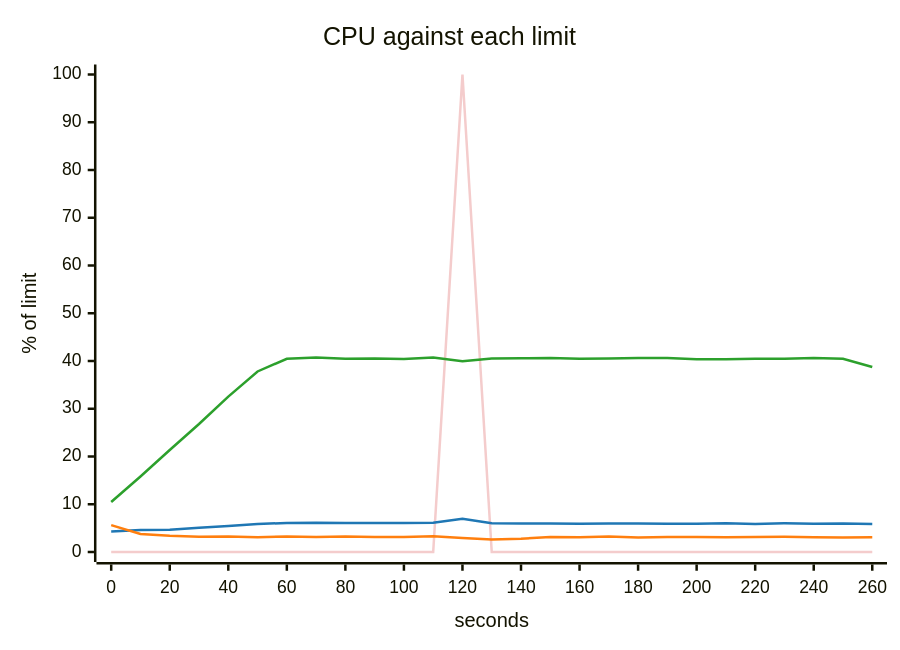
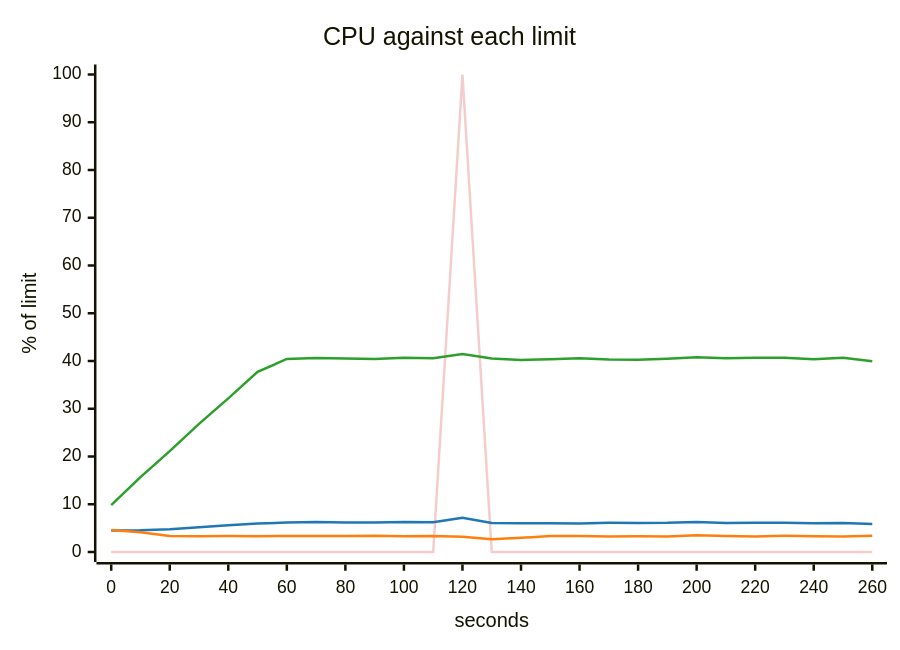
Before and after one commit to akinfemi/load-lore: the fifth of 5 diagrams in scenarios/slow-dependency/solutions/circuit-breaker/report.md, drawn with Mermaid. The commit also changed other lines of this file and 23 other files, not shown here.

````diff
--- a/scenarios/slow-dependency/solutions/circuit-breaker/report.md
+++ b/scenarios/slow-dependency/solutions/circuit-breaker/report.md
@@ -102,17 +100,17 @@
 ```mermaid
 ---
 config:
   themeVariables:
     xyChart:
       backgroundColor: "transparent"
       plotColorPalette: "#f4cccc, #1f77b4, #ff7f0e, #2ca02c"
 ---
 xychart-beta
     title "CPU against each limit"
     x-axis "seconds" 0 --> 260
     y-axis "% of limit" 0 --> 100
     line [0, 0, 0, 0, 0, 0, 0, 0, 0, 0, 0, 0, 100, 0, 0, 0, 0, 0, 0, 0, 0, 0, 0, 0, 0, 0, 0]
-    line [4.299, 4.585, 4.635, 5.064, 5.431, 5.852, 6.08, 6.147, 6.07, 6.093, 6.052, 6.14, 6.967, 6.003, 5.943, 5.968, 5.907, 5.96, 5.944, 5.917, 5.908, 6.004, 5.864, 6.02, 5.93, 5.968, 5.839]
-    line [5.639, 3.765, 3.395, 3.172, 3.23, 3.099, 3.255, 3.143, 3.226, 3.152, 3.143, 3.295, 2.928, 2.628, 2.77, 3.142, 3.101, 3.25, 3.046, 3.164, 3.141, 3.102, 3.147, 3.175, 3.075, 3.062, 3.11]
-    line [10.474, 15.823, 21.364, 26.805, 32.536, 37.808, 40.467, 40.752, 40.459, 40.547, 40.405, 40.722, 39.925, 40.527, 40.554, 40.635, 40.465, 40.51, 40.637, 40.64, 40.351, 40.386, 40.477, 40.47, 40.651, 40.46, 38.736]
+    line [4.49, 4.555, 4.779, 5.162, 5.603, 5.974, 6.167, 6.3, 6.19, 6.186, 6.293, 6.229, 7.169, 6.052, 6.022, 6.018, 5.99, 6.106, 6.099, 6.123, 6.303, 6.059, 6.103, 6.129, 6.046, 6.085, 5.864]
+    line [4.585, 4.112, 3.355, 3.303, 3.343, 3.324, 3.337, 3.346, 3.325, 3.397, 3.282, 3.372, 3.205, 2.694, 2.968, 3.346, 3.354, 3.265, 3.317, 3.266, 3.527, 3.344, 3.257, 3.39, 3.281, 3.259, 3.388]
+    line [9.814, 15.692, 21.126, 26.826, 32.178, 37.713, 40.426, 40.632, 40.498, 40.433, 40.658, 40.57, 41.444, 40.515, 40.218, 40.392, 40.571, 40.335, 40.243, 40.465, 40.772, 40.594, 40.669, 40.678, 40.371, 40.704, 39.948]
 ```
````
